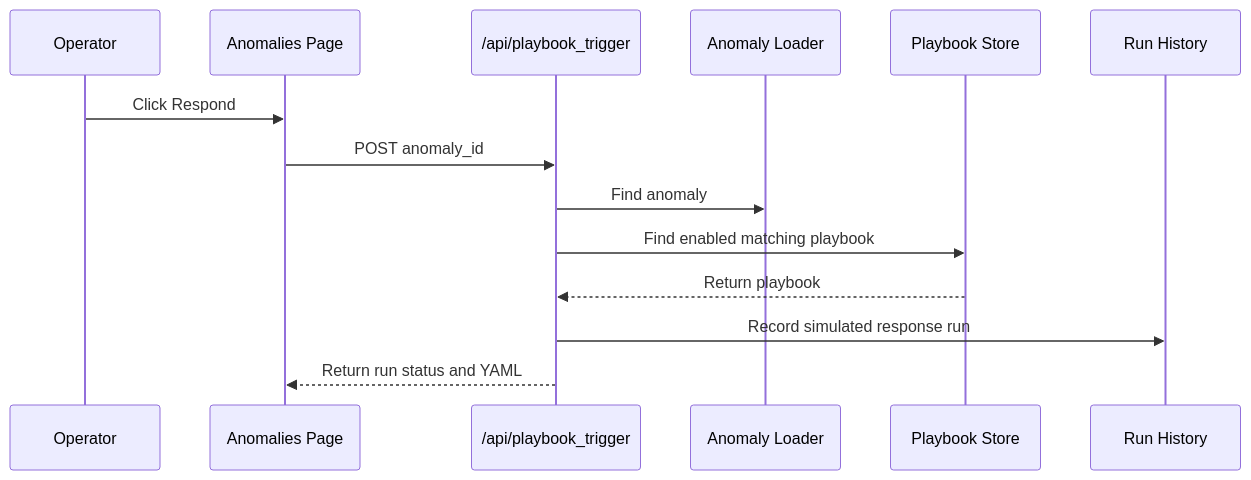
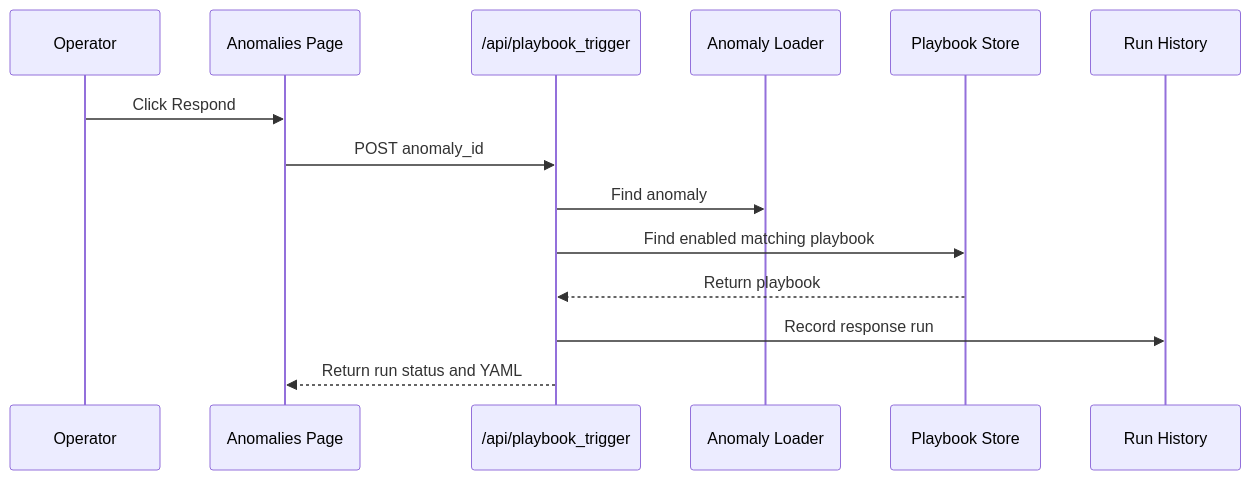
Before and after one commit to Ryner88/Sysethic: diagram 26 of 27 in docs/uml-diagrams.md, drawn with Mermaid. The commit also changed 16 other files, not shown here.

````diff
--- a/docs/uml-diagrams.md
+++ b/docs/uml-diagrams.md
@@ -516,17 +516,17 @@
 ```mermaid
 sequenceDiagram
     participant User as Operator
     participant UI as Anomalies Page
     participant API as /api/playbook_trigger
     participant Anoms as Anomaly Loader
     participant Store as Playbook Store
     participant Runs as Run History
 
     User->>UI: Click Respond
     UI->>API: POST anomaly_id
     API->>Anoms: Find anomaly
     API->>Store: Find enabled matching playbook
     Store-->>API: Return playbook
-    API->>Runs: Record simulated response run
+    API->>Runs: Record response run
     API-->>UI: Return run status and YAML
 ```
````
